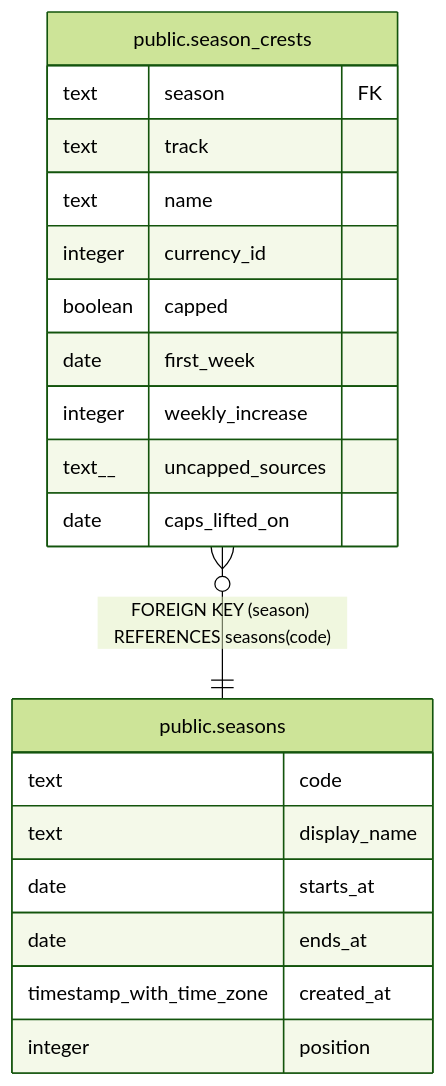
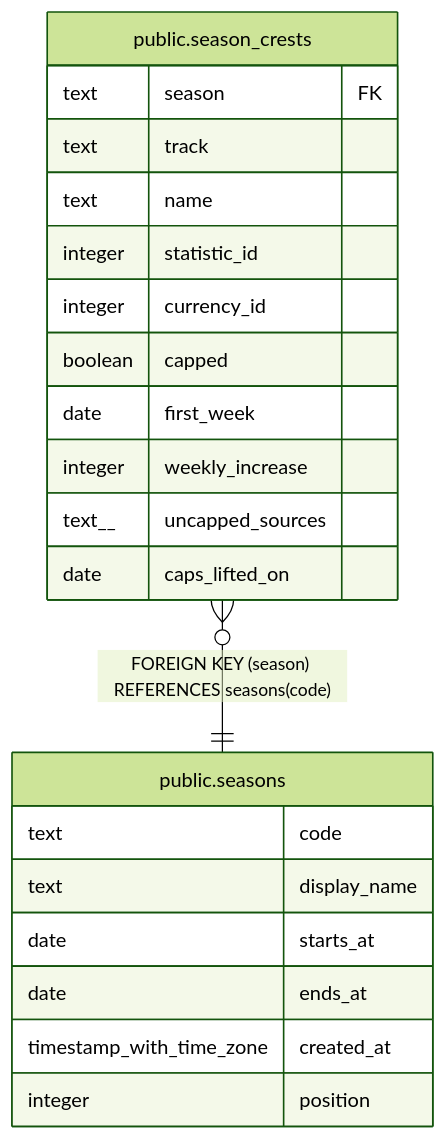
Before and after one commit to katogaming88/WGA-Raid-Hub: the diagram in dbdoc/public.season_crests.md, drawn with Mermaid (forest theme). The commit also changed other lines of this file and 10 other files, not shown here.

````diff
--- a/dbdoc/public.season_crests.md
+++ b/dbdoc/public.season_crests.md
@@ -41,25 +44,26 @@
 ```mermaid
 erDiagram
 
 "public.season_crests" }o--|| "public.seasons" : "FOREIGN KEY (season) REFERENCES seasons(code)"
 
 "public.season_crests" {
   text season FK
   text track
   text name
+  integer statistic_id
   integer currency_id
   boolean capped
   date first_week
   integer weekly_increase
   text__ uncapped_sources
   date caps_lifted_on
 }
 "public.seasons" {
   text code
   text display_name
   date starts_at
   date ends_at
   timestamp_with_time_zone created_at
   integer position
 }
 ```
````
